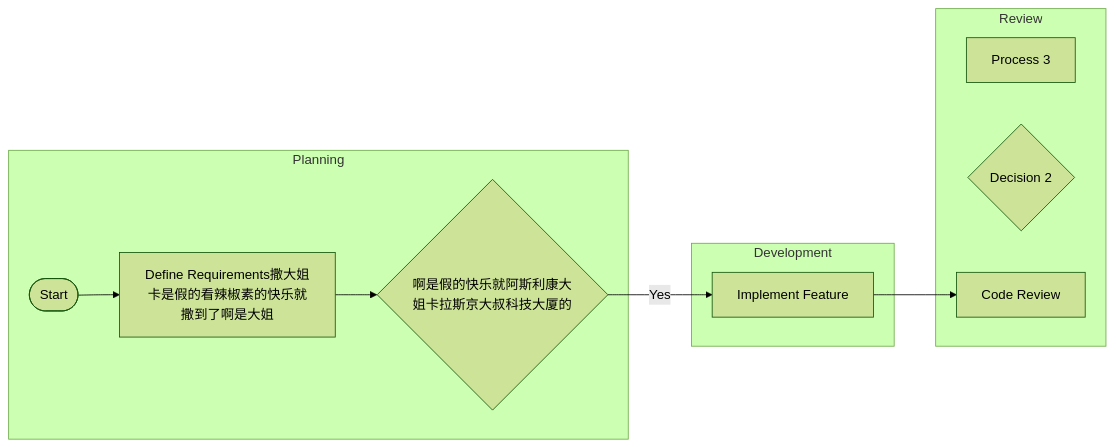
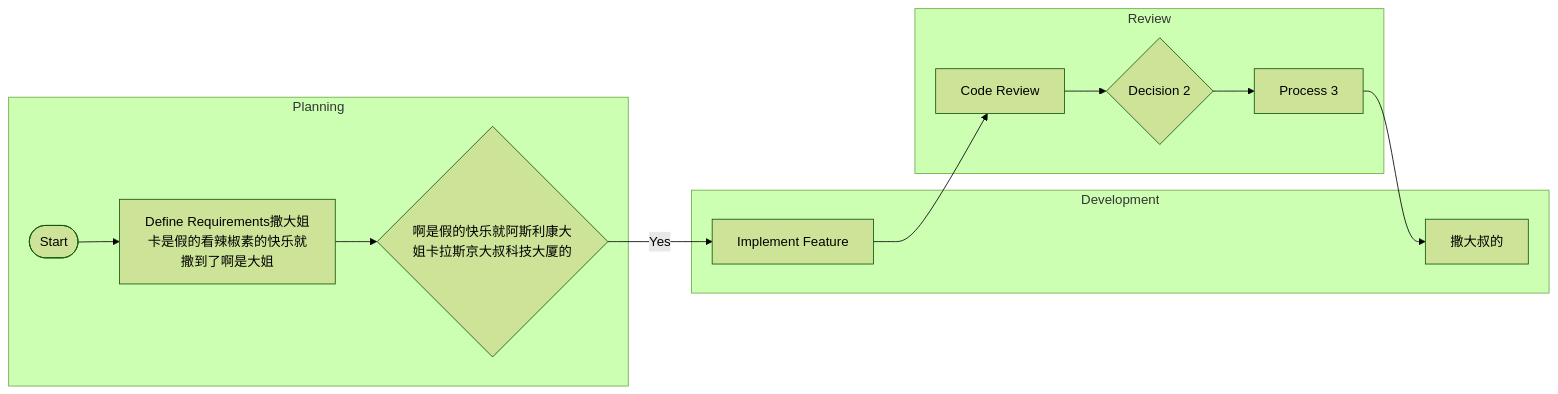
One commit to pingpm/mermaid_vault changed the diagram in mmd/123_7732089b-c55c-4161-ad72-3b9cd41d4a31.mmd. Above: the diagram before and after it, drawn with Mermaid (forest theme). The commit also changed 2 other files, not shown here.

Commit message:
Sync Mermaid Studio data (15 diagrams)

```diff
--- a/mmd/123_7732089b-c55c-4161-ad72-3b9cd41d4a31.mmd
+++ b/mmd/123_7732089b-c55c-4161-ad72-3b9cd41d4a31.mmd
@@ -1,18 +1,22 @@
 flowchart LR
   subgraph lane_0["Planning"]
     t_0{"啊是假的快乐就阿斯利康大姐卡拉斯京大叔科技大厦的"}
     t_1(["Start"])
     t_2["Define Requirements撒大姐卡是假的看辣椒素的快乐就撒到了啊是大姐"]
   end
   subgraph lane_1["Development"]
     t_3["Implement Feature"]
+    t_4["撒大叔的"]
   end
   subgraph lane_2["Review"]
-    t_4["Process 3"]
     t_5{"Decision 2"}
-    t_6["Code Review"]
+    t_6["Process 3"]
+    t_7["Code Review"]
   end
   t_1 --> t_2
   t_2 --> t_0
   t_0 -->|"Yes"| t_3
-  t_3 --> t_6
+  t_3 --> t_7
+  t_6 --> t_4
+  t_5 --> t_6
+  t_7 --> t_5
```
